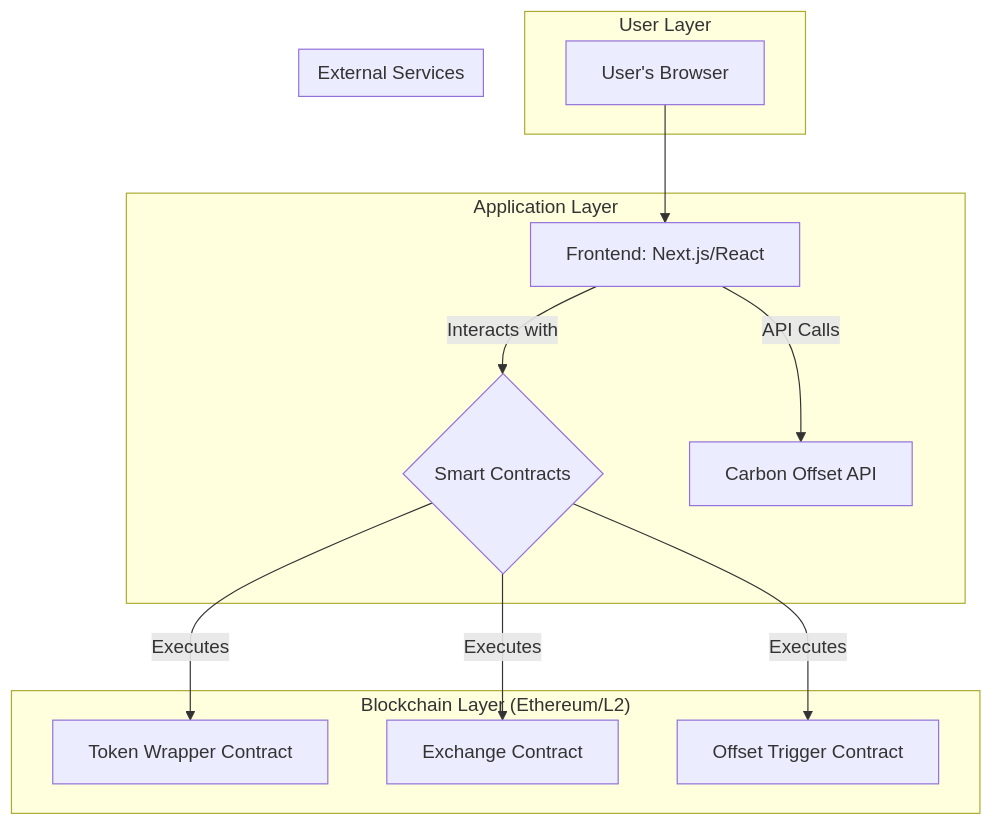
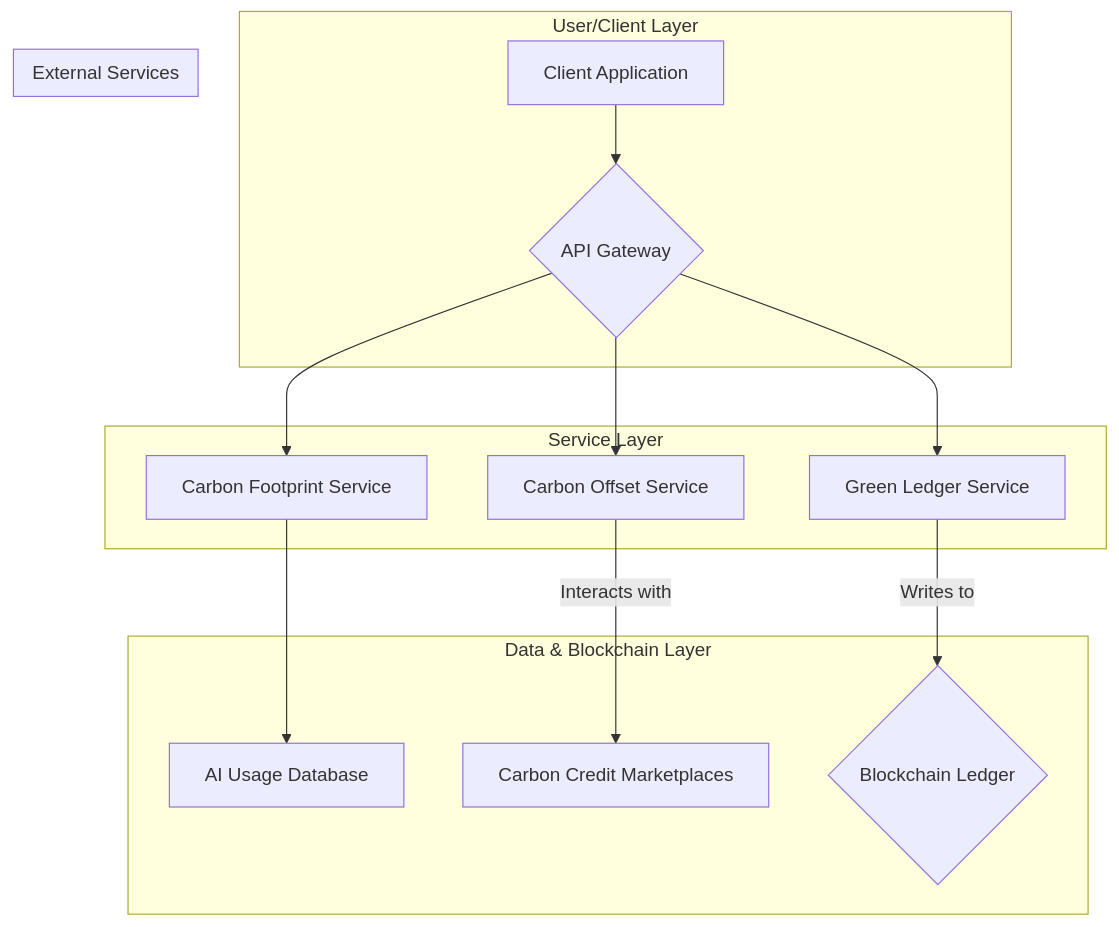
The diagram in gptx-info-site/ARCHITECTURE.md (prettygoodapps/GPTX), drawn with Mermaid before and after one commit. The commit also changed other lines of this file and 47 other files, not shown here.

````diff
--- a/gptx-info-site/ARCHITECTURE.md
+++ b/gptx-info-site/ARCHITECTURE.md
@@ -7,23 +7,22 @@
 ```mermaid
 graph TD
-    subgraph "User Layer"
-        A[User's Browser]
+    subgraph "User/Client Layer"
+        A[Client Application] --> B{API Gateway}
     end
 
-    subgraph "Application Layer"
-        B[Frontend: Next.js/React] -- "Interacts with" --> C{Smart Contracts};
-        B -- "API Calls" --> D[Carbon Offset API];
+    subgraph "Service Layer"
+        B --> C[Carbon Footprint Service]
+        B --> D[Carbon Offset Service]
+        B --> E[Green Ledger Service]
     end
 
-    subgraph "Blockchain Layer (Ethereum/L2)"
-        C -- "Executes" --> E[Token Wrapper Contract];
-        C -- "Executes" --> F[Exchange Contract];
-        C -- "Executes" --> G[Offset Trigger Contract];
+    subgraph "Data & Blockchain Layer"
+        C --> F[AI Usage Database]
+        D -- "Interacts with" --> G[Carbon Credit Marketplaces]
+        E -- "Writes to" --> H{Blockchain Ledger}
     end
 
     subgraph "External Services"
-        D
+        G
     end
-
-    A --> B;
 ```
````
